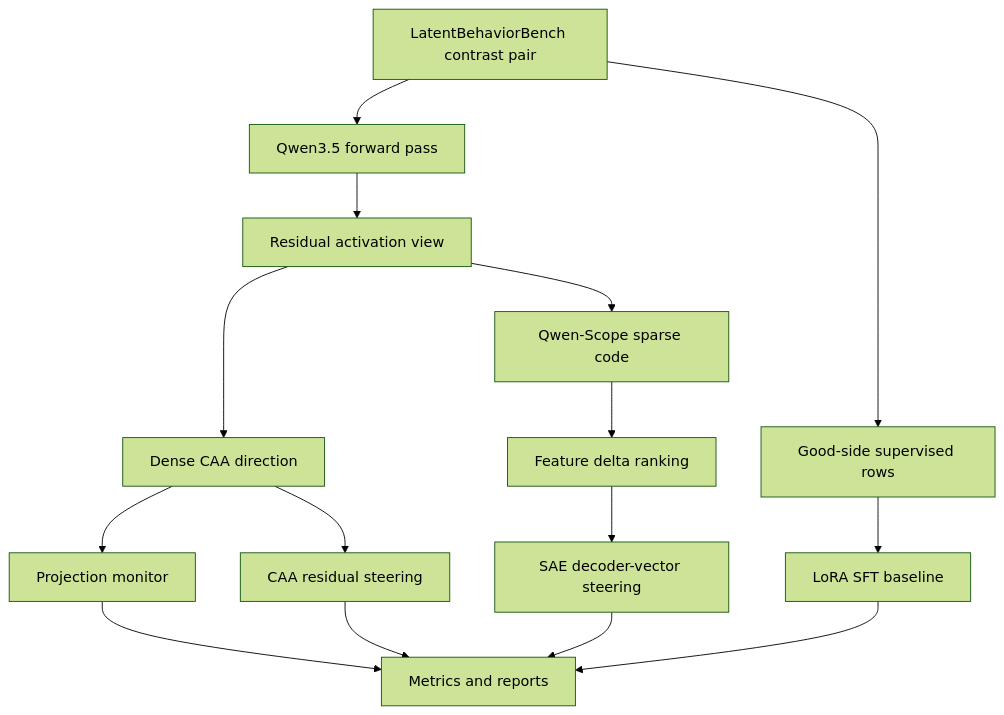
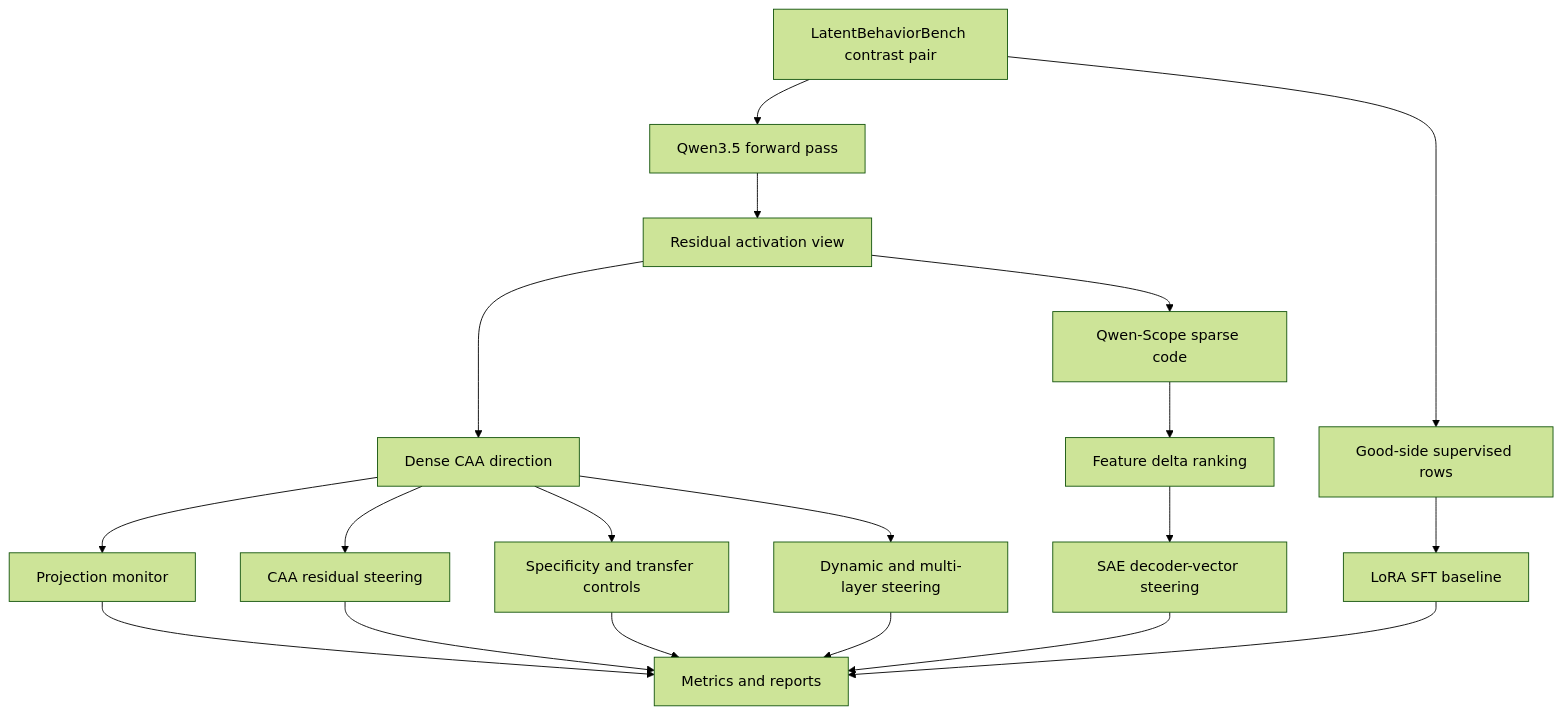
Before and after one commit to l1ghtsource/steering-research: the diagram in docs/research.md, drawn with Mermaid (forest theme). The commit also changed other lines of this file and 4 other files, not shown here.

````diff
--- a/docs/research.md
+++ b/docs/research.md
@@ -100,17 +108,21 @@
 ```mermaid
 flowchart TD
   A["LatentBehaviorBench contrast pair"] --> B["Qwen3.5 forward pass"]
   B --> C["Residual activation view"]
   C --> D["Dense CAA direction"]
   C --> E["Qwen-Scope sparse code"]
   D --> F["Projection monitor"]
   E --> G["Feature delta ranking"]
   D --> H["CAA residual steering"]
   G --> I["SAE decoder-vector steering"]
+  D --> M["Specificity and transfer controls"]
+  D --> N["Dynamic and multi-layer steering"]
   A --> J["Good-side supervised rows"]
   J --> K["LoRA SFT baseline"]
   F --> L["Metrics and reports"]
   H --> L
   I --> L
+  M --> L
+  N --> L
   K --> L
 ```
````
